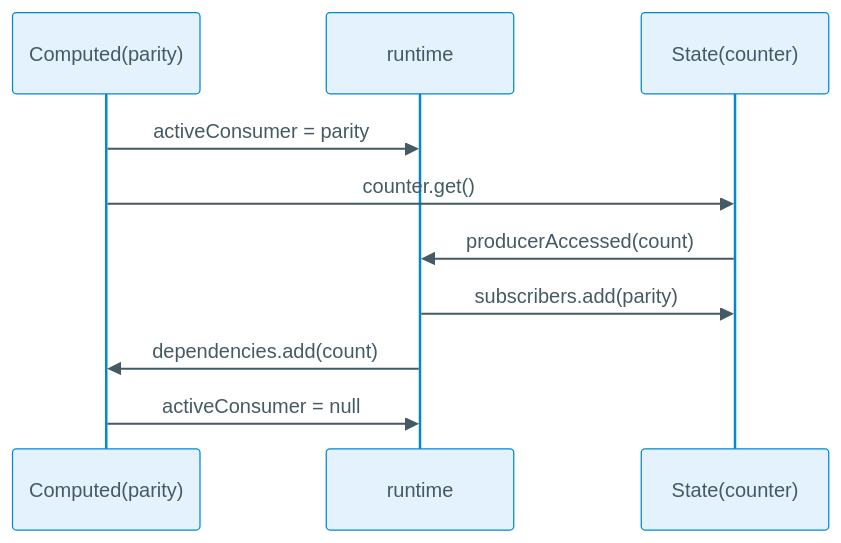
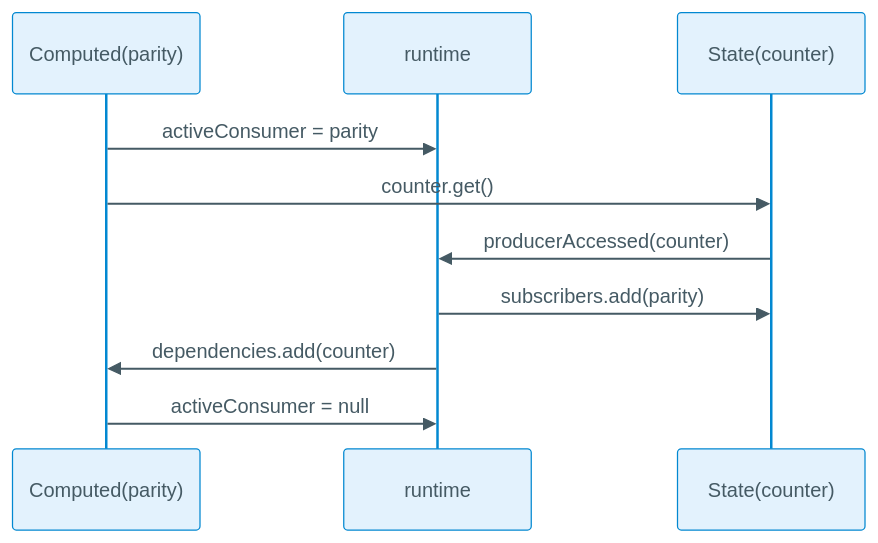
The first of 3 diagrams in docs/slide.md (nishitaku/frontend-phpcon-do-slide), drawn with Mermaid before and after one commit. The commit also changed other lines of this file and 4 other files, not shown here.

```diff
--- a/docs/slide.md
+++ b/docs/slide.md
@@ -371,38 +443,38 @@
 <pre class="mermaid">
 %%{
   init: {
     "theme": "base",
     "themeVariables": {
       "background": "#fff8e1",
       "actorBkg": "#E3F2FD",
       "actorBorder": "#0288d1",
       "actorTextColor": "#455a64",
       "signalColor": "#455a64",
       "signalTextColor": "#455a64",
       "labelBoxBkgColor": "#E1F5FE",
       "labelBoxBorderColor": "#0288d1",
       "labelTextColor": "#455a64",
       "activationBorderColor": "#0288d1",
       "activationBkgColor": "#BBDEFB",
       "primaryTextColor": "#455a64",
       "lineColor": "#455a64"
     }
   }
 }%%
 
 sequenceDiagram
     participant C as Computed(parity)
     participant R as runtime
     participant S as State(counter)
 
     C->>R: activeConsumer = parity
 
     C->>S: counter.get()
 
-    S->>R: producerAccessed(count)
+    S->>R: producerAccessed(counter)
 
     R->>S: subscribers.add(parity)
-    R->>C: dependencies.add(count)
+    R->>C: dependencies.add(counter)
 
     C->>R: activeConsumer = null
 </pre>
```
